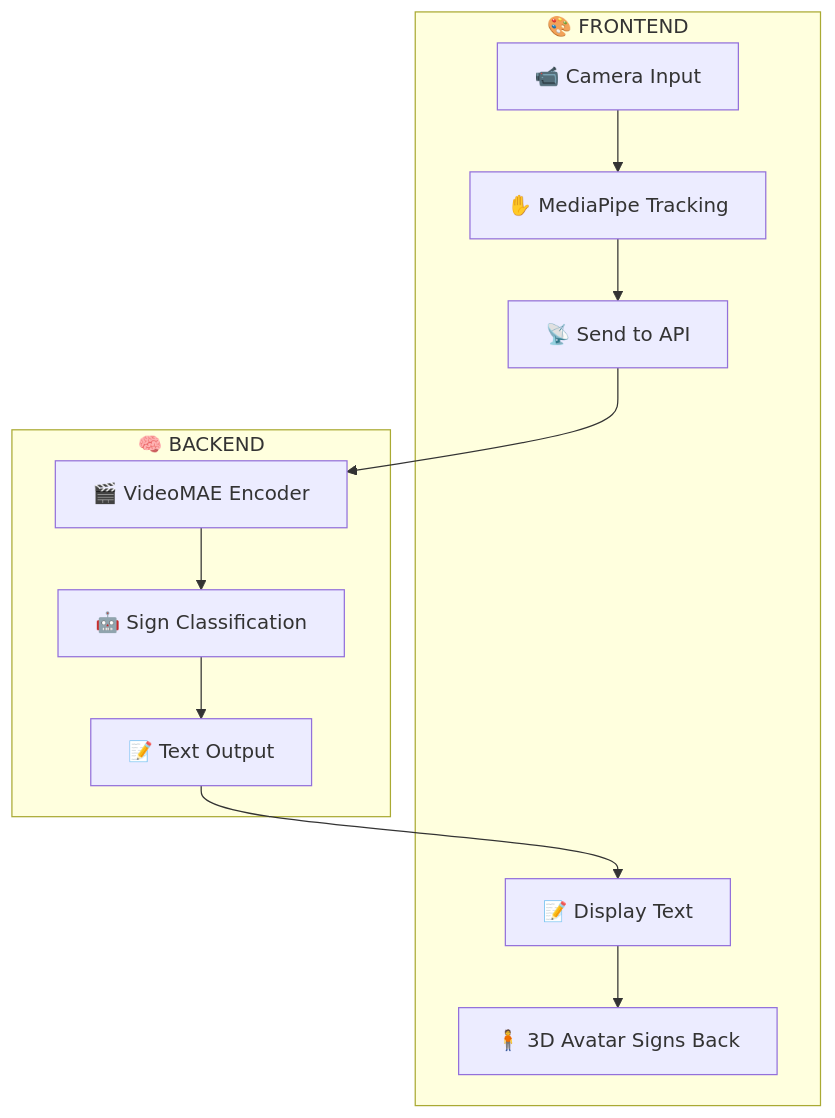
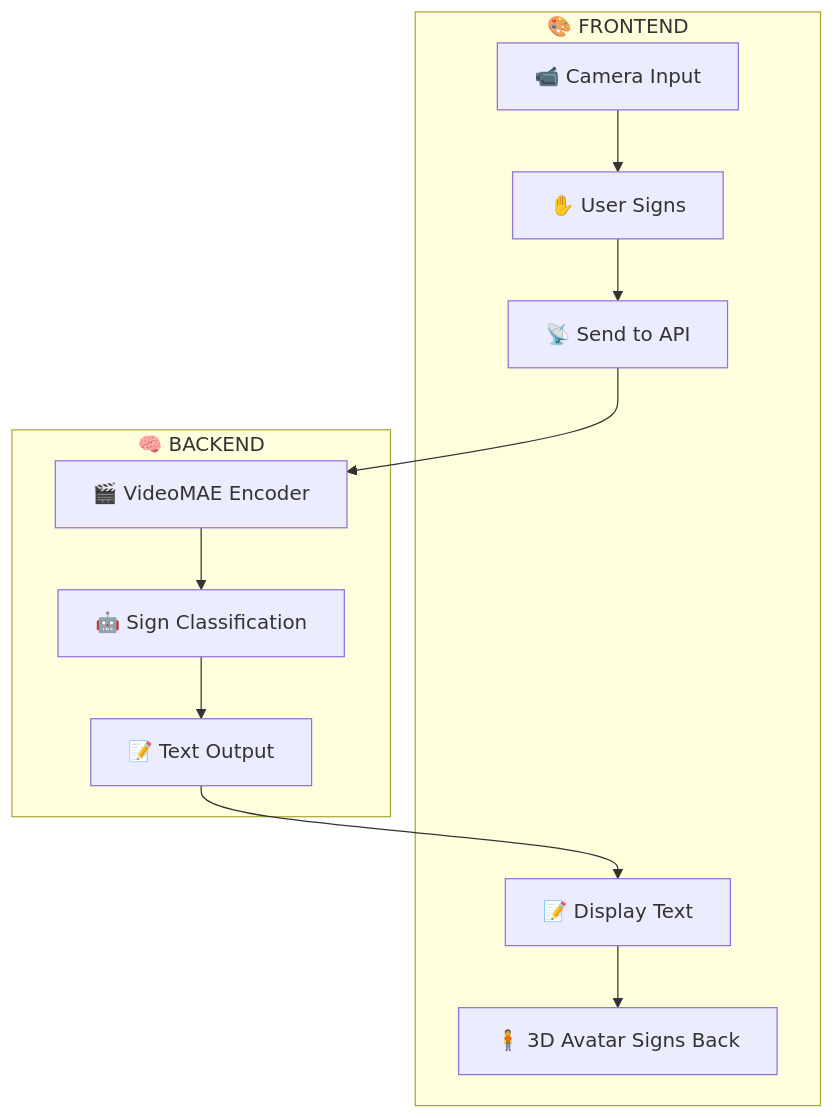
One commit to Okeha/SignrrGPT changed the diagram in README.md. Above: the diagram before and after it, drawn with Mermaid.

````diff
--- a/README.md
+++ b/README.md
@@ -53,16 +53,16 @@
 ```mermaid
 flowchart TB
     subgraph Frontend["🎨 FRONTEND"]
-        A["📹 Camera Input"] --> B["✋ MediaPipe Tracking"]
+        A["📹 Camera Input"] --> B["✋ User Signs"]
         B --> C["📡 Send to API"]
         G["📝 Display Text"] --> H["🧍 3D Avatar Signs Back"]
     end
     
     subgraph Backend["🧠 BACKEND"]
         D["🎬 VideoMAE Encoder"] --> E["🤖 Sign Classification"]
         E --> F["📝 Text Output"]
     end
     
     C --> D
     F --> G
 ```
````
